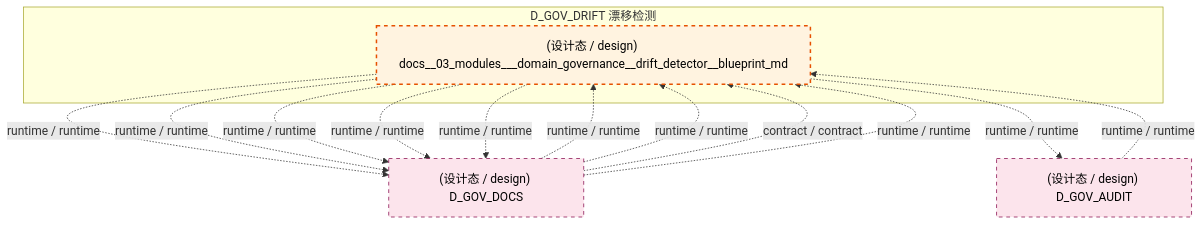
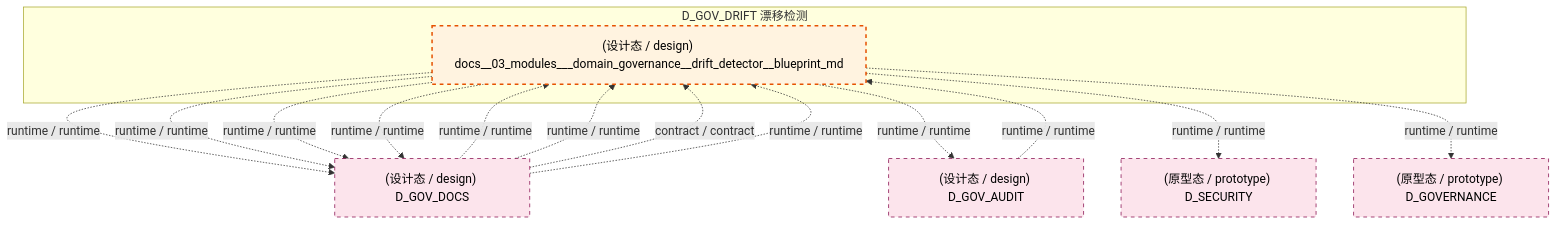
The fifth of 7 diagrams in docs/02_enterprise_architecture/02_domain_architecture_docs/41_d_gov_drift.md (xuanFelixVan/ZephyrAlpha), drawn with Mermaid before and after one commit. The commit also changed other lines of this file and 87 other files, not shown here.

````diff
--- a/docs/02_enterprise_architecture/02_domain_architecture_docs/41_d_gov_drift.md
+++ b/docs/02_enterprise_architecture/02_domain_architecture_docs/41_d_gov_drift.md
@@ -535,25 +536,28 @@
 ```mermaid
 graph TD
     subgraph D_GOV_DRIFT["D_GOV_DRIFT 漂移检测"]
         docs_03_modules_domain_governance_drift_detector_blueprint_md["(设计态 / design) docs__03_modules___domain_governance__drift_detector__blueprint_md"]
     end
     D_GOV_DOCS["(设计态 / design) D_GOV_DOCS"]
     docs_03_modules_domain_governance_drift_detector_blueprint_md -.->|runtime / runtime| D_GOV_DOCS
     docs_03_modules_domain_governance_drift_detector_blueprint_md -.->|runtime / runtime| D_GOV_DOCS
     D_GOV_AUDIT["(设计态 / design) D_GOV_AUDIT"]
     docs_03_modules_domain_governance_drift_detector_blueprint_md -.->|runtime / runtime| D_GOV_AUDIT
+    D_SECURITY["(原型态 / prototype) D_SECURITY"]
+    docs_03_modules_domain_governance_drift_detector_blueprint_md -.->|runtime / runtime| D_SECURITY
     docs_03_modules_domain_governance_drift_detector_blueprint_md -.->|runtime / runtime| D_GOV_DOCS
     docs_03_modules_domain_governance_drift_detector_blueprint_md -.->|runtime / runtime| D_GOV_DOCS
-    docs_03_modules_domain_governance_drift_detector_blueprint_md -.->|runtime / runtime| D_GOV_DOCS
+    D_GOVERNANCE["(原型态 / prototype) D_GOVERNANCE"]
+    docs_03_modules_domain_governance_drift_detector_blueprint_md -.->|runtime / runtime| D_GOVERNANCE
     D_GOV_AUDIT -.->|runtime / runtime| docs_03_modules_domain_governance_drift_detector_blueprint_md
     D_GOV_DOCS -.->|runtime / runtime| docs_03_modules_domain_governance_drift_detector_blueprint_md
     D_GOV_DOCS -.->|runtime / runtime| docs_03_modules_domain_governance_drift_detector_blueprint_md
     D_GOV_DOCS -.->|contract / contract| docs_03_modules_domain_governance_drift_detector_blueprint_md
     D_GOV_DOCS -.->|runtime / runtime| docs_03_modules_domain_governance_drift_detector_blueprint_md
     classDef production fill:#e1f5fe,stroke:#01579b,stroke-width:2px,color:#000
     classDef design fill:#fff3e0,stroke:#e65100,stroke-width:2px,color:#000,stroke-dasharray: 5 5
     classDef external_prod fill:#e8f5e9,stroke:#1b5e20,stroke-width:1px,color:#000
     classDef external_design fill:#fce4ec,stroke:#880e4f,stroke-width:1px,color:#000,stroke-dasharray: 5 5
     class docs_03_modules_domain_governance_drift_detector_blueprint_md design
-    class D_GOV_DOCS,D_GOV_AUDIT external_design
+    class D_GOV_DOCS,D_GOV_AUDIT,D_SECURITY,D_GOVERNANCE external_design
 ```
````
